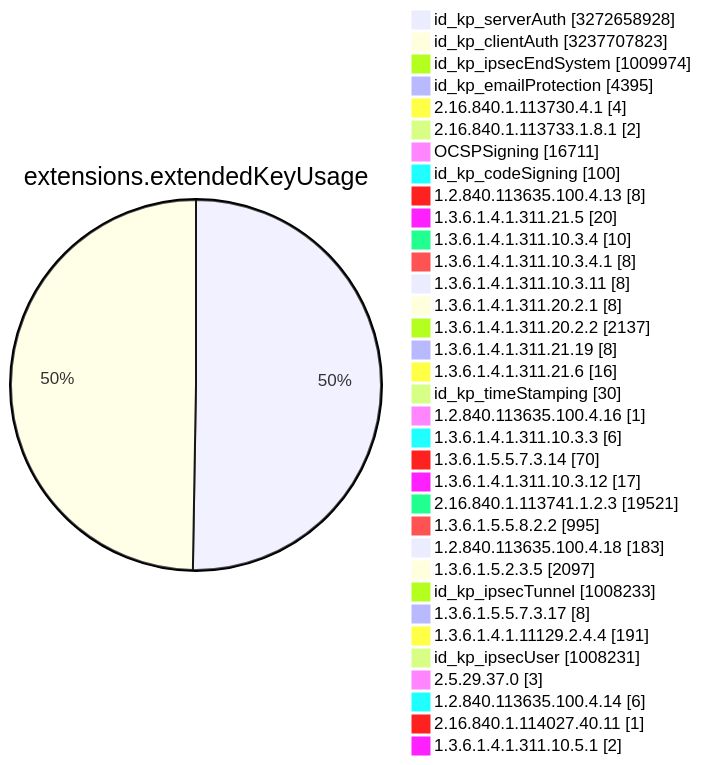
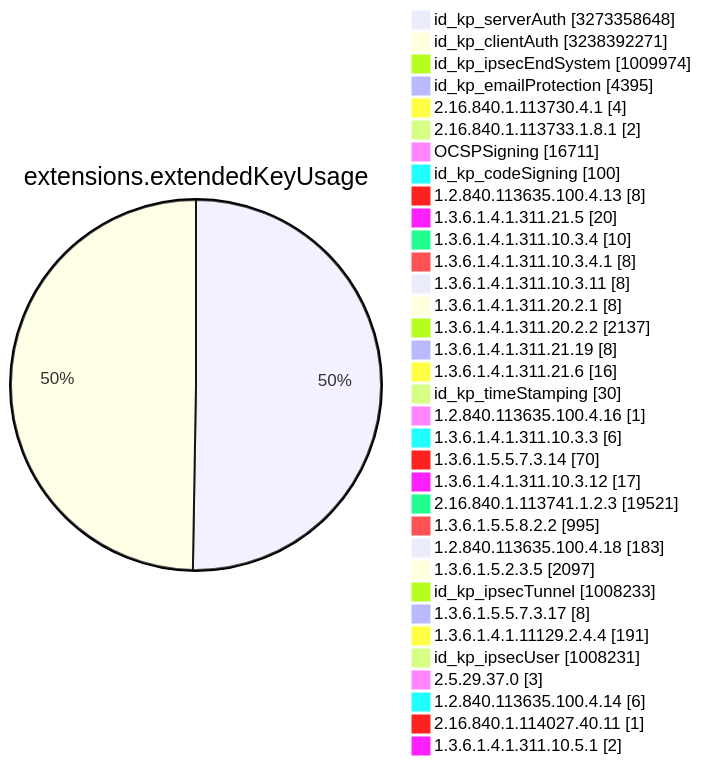
Diagram 11 of 15 in TOTAL/README.md (christiankrug/ctmonitor_visualization), drawn with Mermaid before and after one commit. The commit also changed other lines of this file, not shown here.

````diff
--- a/TOTAL/README.md
+++ b/TOTAL/README.md
@@ -4119,38 +4119,38 @@
 ```mermaid
 pie showData
 title extensions.extendedKeyUsage
-"id_kp_serverAuth" :3272658928
-"id_kp_clientAuth" :3237707823
+"id_kp_serverAuth" :3273358648
+"id_kp_clientAuth" :3238392271
 "id_kp_ipsecEndSystem" :1009974
 "id_kp_emailProtection" :4395
 "2.16.840.1.113730.4.1" :4
 "2.16.840.1.113733.1.8.1" :2
 "OCSPSigning" :16711
 "id_kp_codeSigning" :100
 "1.2.840.113635.100.4.13" :8
 "1.3.6.1.4.1.311.21.5" :20
 "1.3.6.1.4.1.311.10.3.4" :10
 "1.3.6.1.4.1.311.10.3.4.1" :8
 "1.3.6.1.4.1.311.10.3.11" :8
 "1.3.6.1.4.1.311.20.2.1" :8
 "1.3.6.1.4.1.311.20.2.2" :2137
 "1.3.6.1.4.1.311.21.19" :8
 "1.3.6.1.4.1.311.21.6" :16
 "id_kp_timeStamping" :30
 "1.2.840.113635.100.4.16" :1
 "1.3.6.1.4.1.311.10.3.3" :6
 "1.3.6.1.5.5.7.3.14" :70
 "1.3.6.1.4.1.311.10.3.12" :17
 "2.16.840.1.113741.1.2.3" :19521
 "1.3.6.1.5.5.8.2.2" :995
 "1.2.840.113635.100.4.18" :183
 "1.3.6.1.5.2.3.5" :2097
 "id_kp_ipsecTunnel" :1008233
 "1.3.6.1.5.5.7.3.17" :8
 "1.3.6.1.4.1.11129.2.4.4" :191
 "id_kp_ipsecUser" :1008231
 "2.5.29.37.0" :3
 "1.2.840.113635.100.4.14" :6
 "2.16.840.1.114027.40.11" :1
 "1.3.6.1.4.1.311.10.5.1" :2
 ```
````
